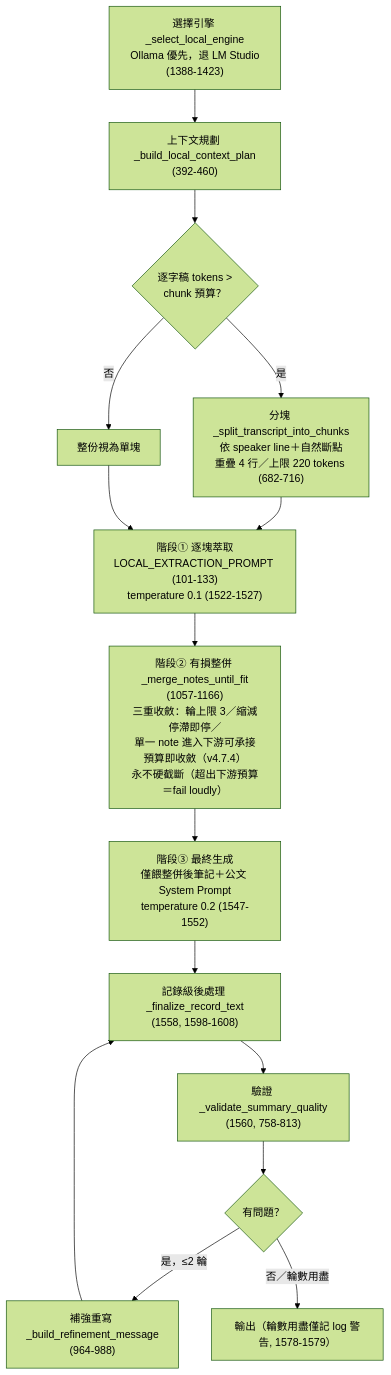
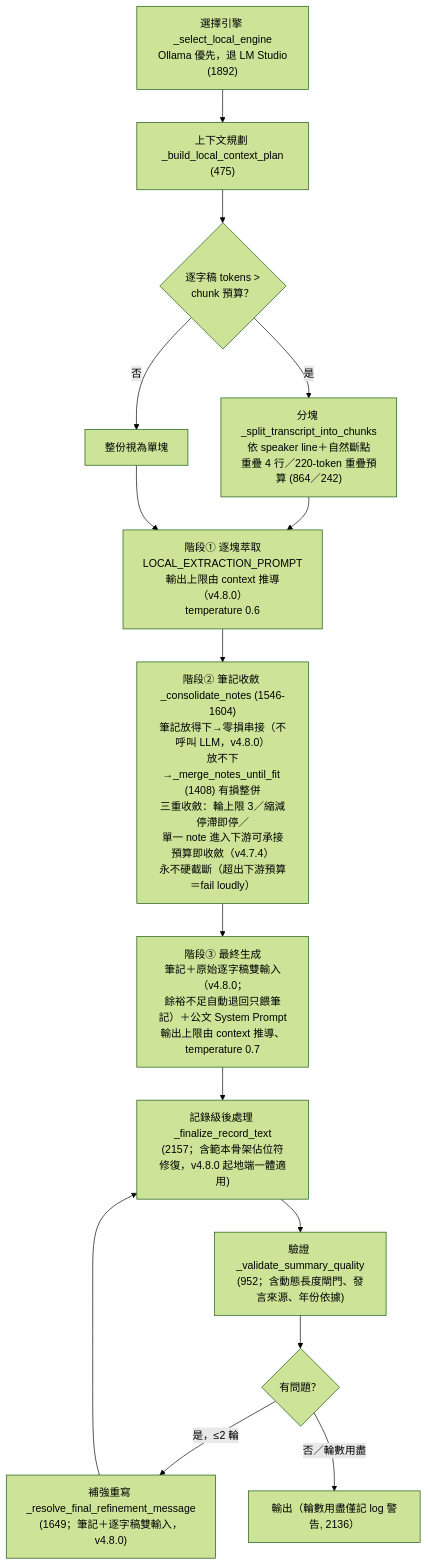
The fourth of 7 diagrams in doc/規格與設計/系統架構與程式設計書.md (s9008129/convert), drawn with Mermaid (forest theme) before and after one commit. The commit also changed other lines of this file and 12 other files, not shown here.

First line of the commit message:
fix(local,summarization,lmstudio): 地端會議紀錄品質對齊雲端——移除與 context 脫鉤的固定天花板、最終生成改雙輸入、地端一體適用雲端紀錄契約 (v4.8.0)

````diff
--- a/doc/規格與設計/系統架構與程式設計書.md
+++ b/doc/規格與設計/系統架構與程式設計書.md
@@ -389,17 +391,17 @@
 ```mermaid
 flowchart TD
-    A["選擇引擎 _select_local_engine<br/>Ollama 優先，退 LM Studio<br/>(1388-1423)"] --> B["上下文規劃 _build_local_context_plan<br/>(392-460)"]
+    A["選擇引擎 _select_local_engine<br/>Ollama 優先，退 LM Studio<br/>(1892)"] --> B["上下文規劃 _build_local_context_plan<br/>(475)"]
     B --> C{"逐字稿 tokens ><br/>chunk 預算？"}
-    C -->|"是"| D["分塊 _split_transcript_into_chunks<br/>依 speaker line＋自然斷點<br/>重疊 4 行／上限 220 tokens (682-716)"]
+    C -->|"是"| D["分塊 _split_transcript_into_chunks<br/>依 speaker line＋自然斷點<br/>重疊 4 行／220-token 重疊預算 (864／242)"]
     C -->|"否"| E["整份視為單塊"]
-    D --> F["階段① 逐塊萃取<br/>LOCAL_EXTRACTION_PROMPT (101-133)<br/>temperature 0.1 (1522-1527)"]
+    D --> F["階段① 逐塊萃取<br/>LOCAL_EXTRACTION_PROMPT<br/>輸出上限由 context 推導（v4.8.0）<br/>temperature 0.6"]
     E --> F
-    F --> G["階段② 有損整併 _merge_notes_until_fit<br/>(1057-1166)<br/>三重收斂：輪上限 3／縮減停滯即停／<br/>單一 note 進入下游可承接預算即收斂（v4.7.4）<br/>永不硬截斷（超出下游預算＝fail loudly）"]
-    G --> H["階段③ 最終生成<br/>僅餵整併後筆記＋公文 System Prompt<br/>temperature 0.2 (1547-1552)"]
-    H --> I["記錄級後處理 _finalize_record_text<br/>(1558, 1598-1608)"]
-    I --> J["驗證 _validate_summary_quality<br/>(1560, 758-813)"]
+    F --> G["階段② 筆記收斂 _consolidate_notes (1546-1604)<br/>筆記放得下→零損串接（不呼叫 LLM，v4.8.0）<br/>放不下→_merge_notes_until_fit (1408) 有損整併<br/>三重收斂：輪上限 3／縮減停滯即停／<br/>單一 note 進入下游可承接預算即收斂（v4.7.4）<br/>永不硬截斷（超出下游預算＝fail loudly）"]
+    G --> H["階段③ 最終生成<br/>筆記＋原始逐字稿雙輸入（v4.8.0；<br/>餘裕不足自動退回只餵筆記）＋公文 System Prompt<br/>輸出上限由 context 推導、temperature 0.7"]
+    H --> I["記錄級後處理 _finalize_record_text<br/>(2157；含範本骨架佔位符修復，v4.8.0 起地端一體適用)"]
+    I --> J["驗證 _validate_summary_quality<br/>(952；含動態長度閘門、發言來源、年份依據)"]
     J --> K{"有問題？"}
-    K -->|"是，≤2 輪"| L["補強重寫 _build_refinement_message<br/>(964-988)"]
+    K -->|"是，≤2 輪"| L["補強重寫 _resolve_final_refinement_message<br/>(1649；筆記＋逐字稿雙輸入，v4.8.0)"]
     L --> I
-    K -->|"否／輪數用盡"| M["輸出（輪數用盡僅記 log 警告, 1578-1579）"]
+    K -->|"否／輪數用盡"| M["輸出（輪數用盡僅記 log 警告, 2136）"]
 ```
````
